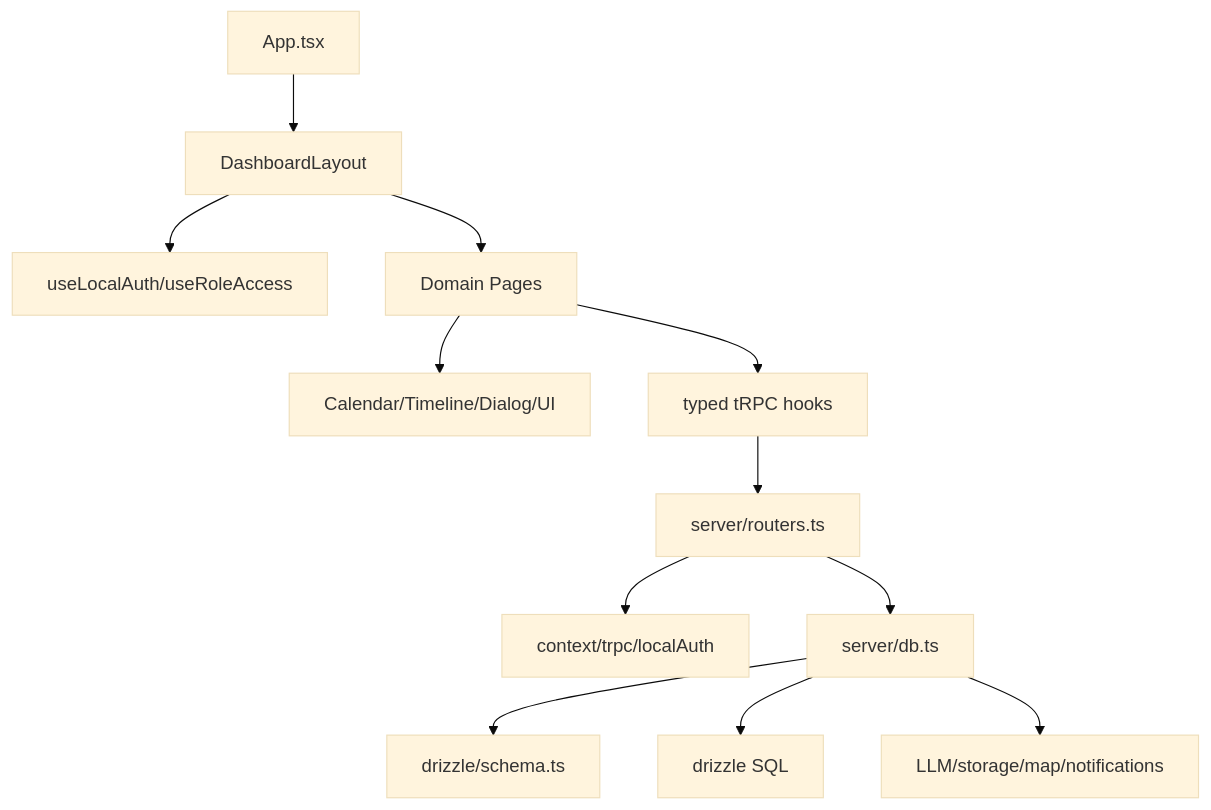
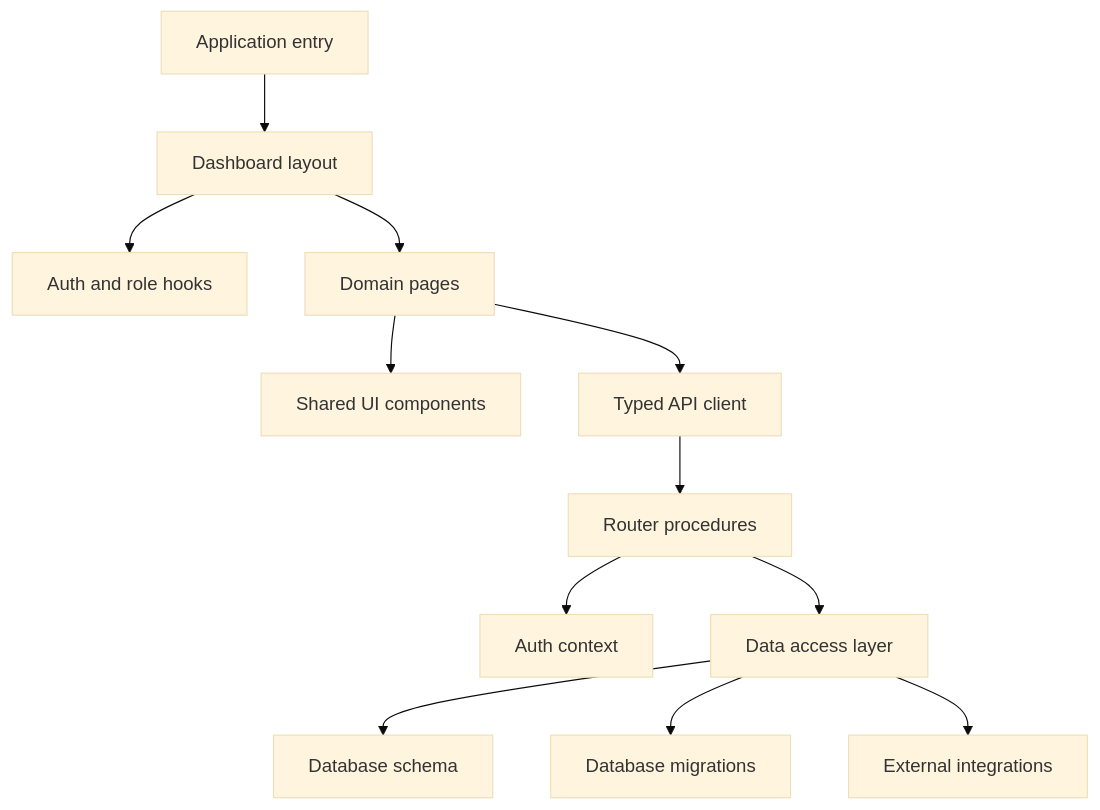
One commit to ProGroup1040/sales-team-platform changed the sixth of 9 diagrams in docs/reverse_engineering.md. Above: the diagram before and after it, drawn with Mermaid (base theme). The commit also changed other lines of this file and 1 other file, not shown here.

Commit message:
Harden Mermaid diagrams for parser compatibility

````diff
--- a/docs/reverse_engineering.md
+++ b/docs/reverse_engineering.md
@@ -993,14 +993,14 @@
 ```mermaid
 flowchart TD
-    App[App.tsx] --> Layout[DashboardLayout]
-    Layout --> AuthHooks[useLocalAuth/useRoleAccess]
-    Layout --> Pages[Domain Pages]
-    Pages --> Components[Calendar/Timeline/Dialog/UI]
-    Pages --> TRPC[typed tRPC hooks]
-    TRPC --> Router[server/routers.ts]
-    Router --> Auth[context/trpc/localAuth]
-    Router --> DB[server/db.ts]
-    DB --> Schema[drizzle/schema.ts]
-    DB --> Migrations[drizzle SQL]
-    DB --> Integrations[LLM/storage/map/notifications]
+    App[Application entry] --> Layout[Dashboard layout]
+    Layout --> AuthHooks[Auth and role hooks]
+    Layout --> Pages[Domain pages]
+    Pages --> Components[Shared UI components]
+    Pages --> TRPC[Typed API client]
+    TRPC --> Router[Router procedures]
+    Router --> Auth[Auth context]
+    Router --> DB[Data access layer]
+    DB --> Schema[Database schema]
+    DB --> Migrations[Database migrations]
+    DB --> Integrations[External integrations]
 ```
````
